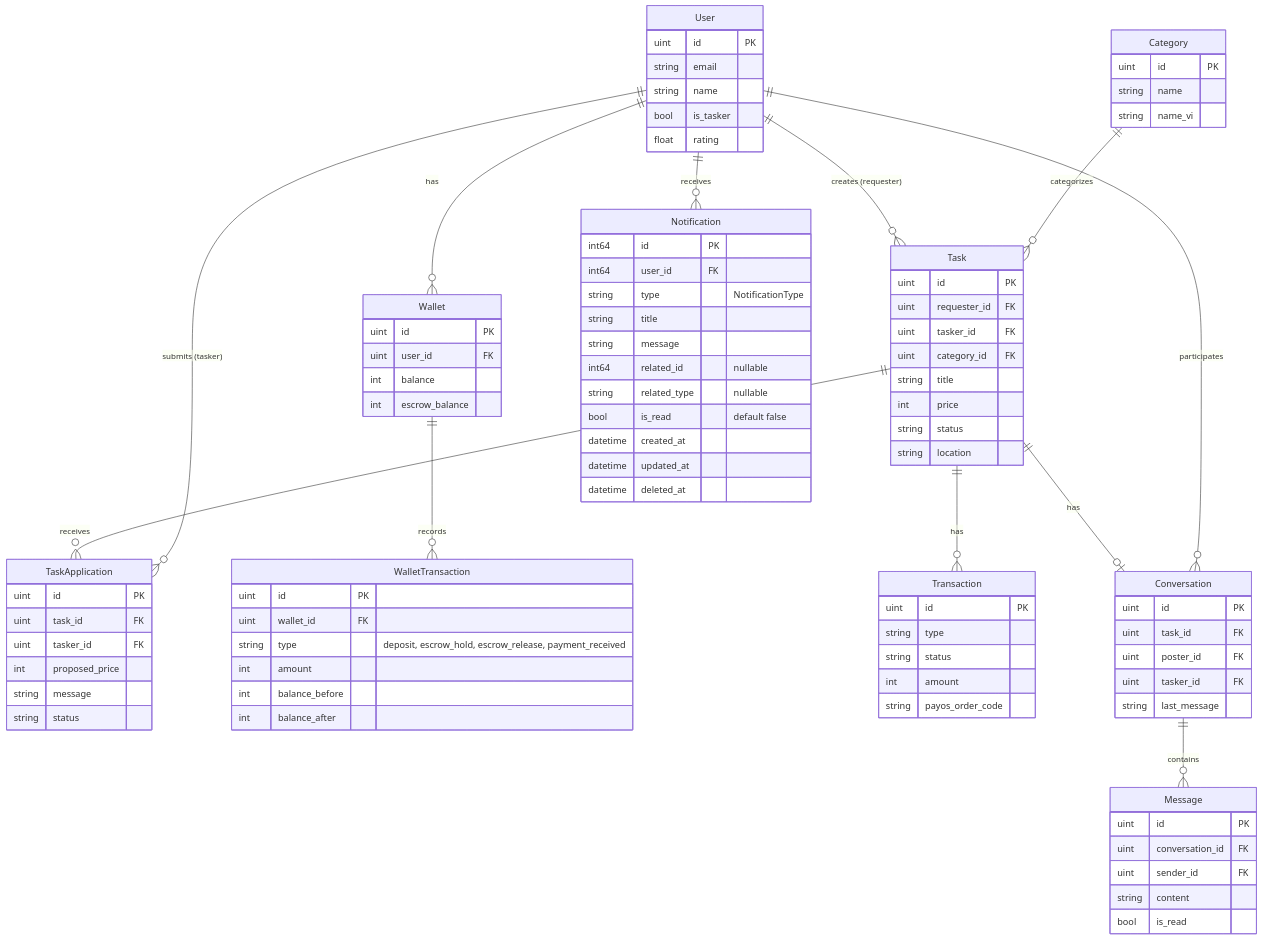
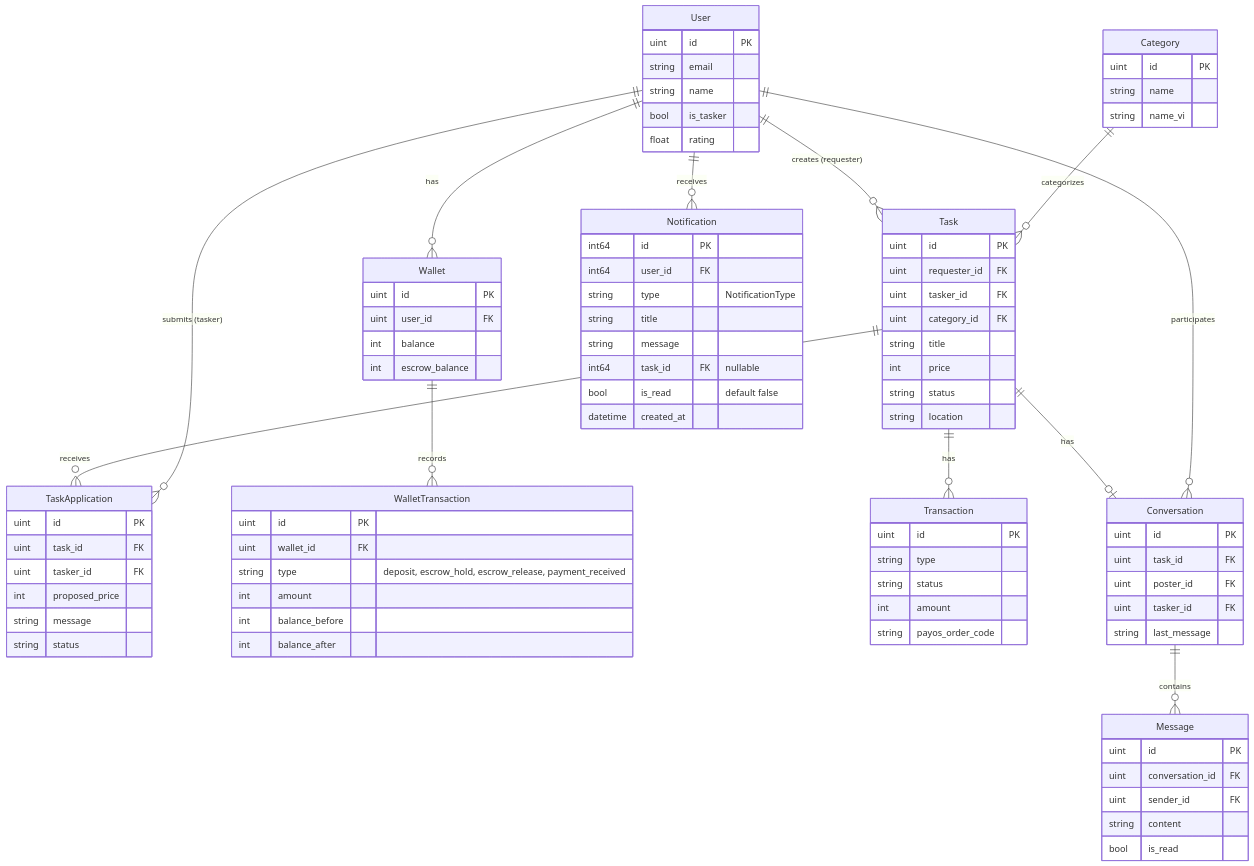
One commit to nhannht/viecz changed the fourth of 11 diagrams in docs/technical/SYSTEM_DESIGN.md. Above: the diagram before and after it, drawn with Mermaid. The commit also changed other lines of this file and 8 other files, not shown here.

```diff
--- a/docs/technical/SYSTEM_DESIGN.md
+++ b/docs/technical/SYSTEM_DESIGN.md
@@ -288,12 +292,9 @@
         string type "NotificationType"
         string title
         string message
-        int64 related_id "nullable"
-        string related_type "nullable"
+        int64 task_id FK "nullable"
         bool is_read "default false"
         datetime created_at
-        datetime updated_at
-        datetime deleted_at
     }
 
     Task ||--o| Conversation : "has"
```
